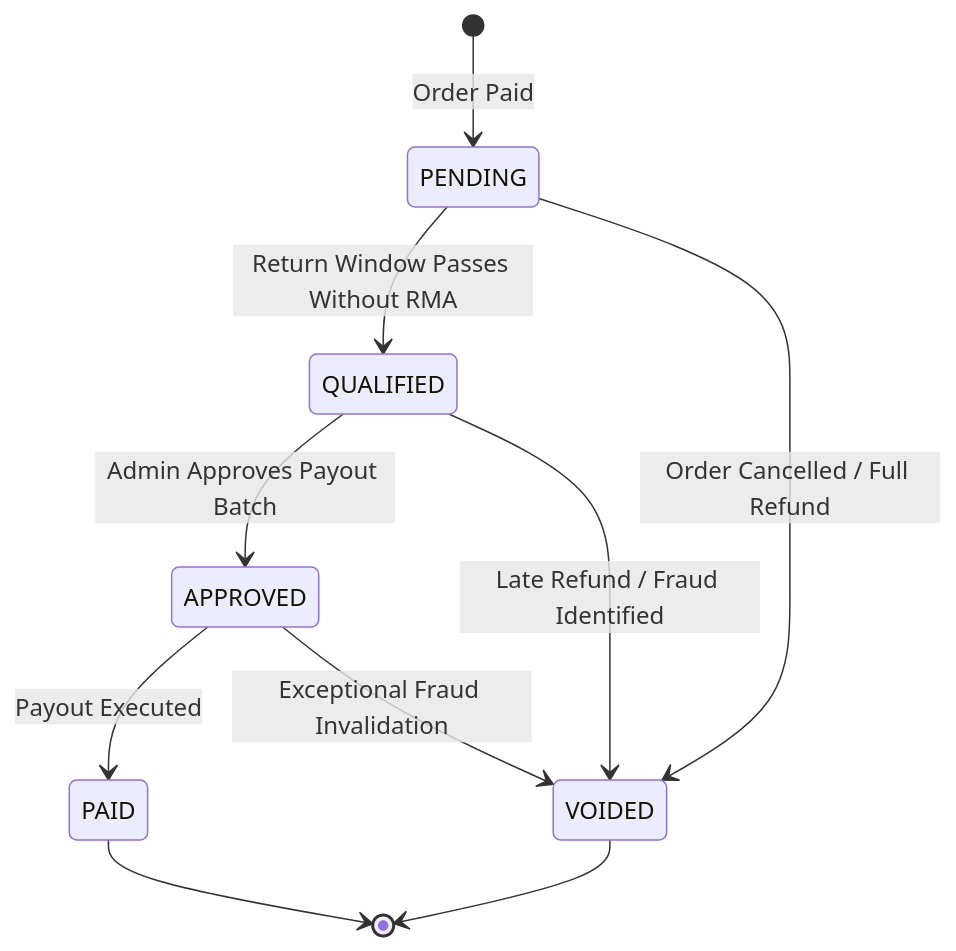
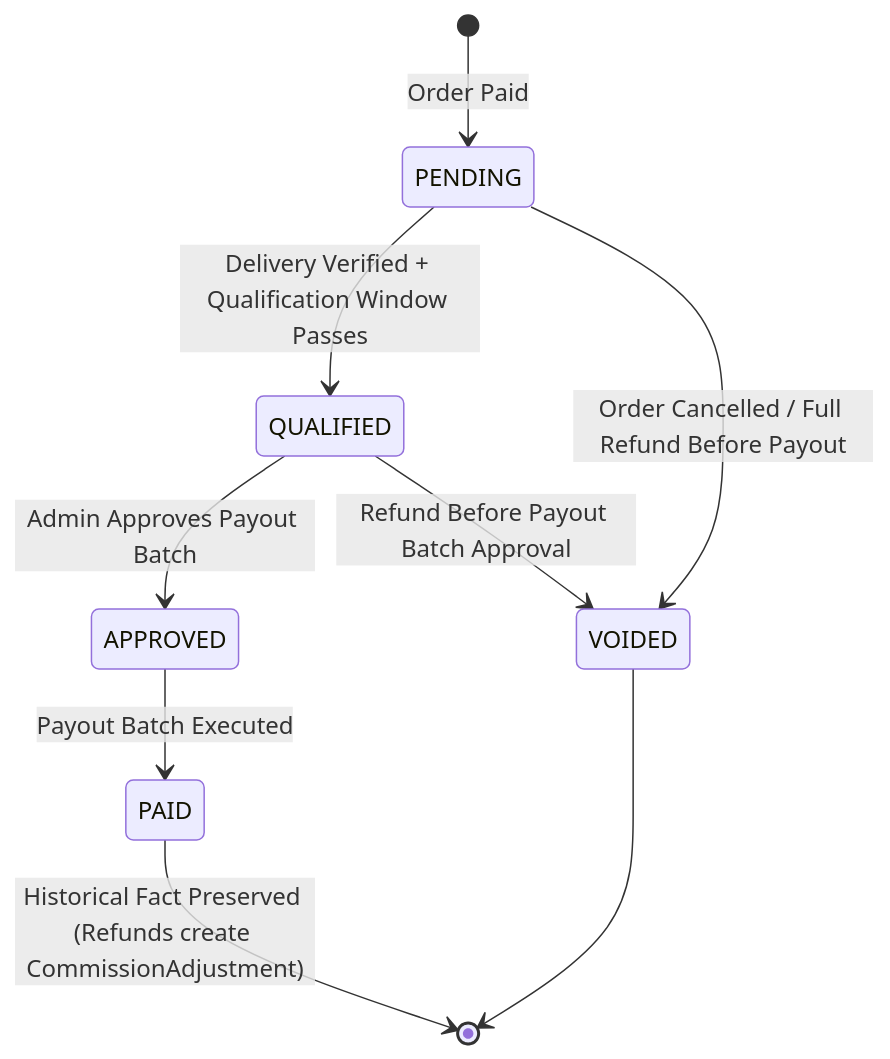
Before and after one commit to SaeBryxn/GamerPeru-Vercel: the eighth of 15 diagrams in docs/architecture/COMMERCE_DOMAIN_MODEL.md, drawn with Mermaid. The commit also changed other lines of this file and 1 other file, not shown here.

````diff
--- a/docs/architecture/COMMERCE_DOMAIN_MODEL.md
+++ b/docs/architecture/COMMERCE_DOMAIN_MODEL.md
@@ -876,12 +1215,11 @@
 ```mermaid
 stateDiagram-v2
     [*] --> PENDING: Order Paid
-    PENDING --> QUALIFIED: Return Window Passes Without RMA
-    PENDING --> VOIDED: Order Cancelled / Full Refund
+    PENDING --> QUALIFIED: Delivery Verified + Qualification Window Passes
+    PENDING --> VOIDED: Order Cancelled / Full Refund Before Payout
     QUALIFIED --> APPROVED: Admin Approves Payout Batch
-    QUALIFIED --> VOIDED: Late Refund / Fraud Identified
-    APPROVED --> PAID: Payout Executed
-    APPROVED --> VOIDED: Exceptional Fraud Invalidation
-    PAID --> [*]
+    QUALIFIED --> VOIDED: Refund Before Payout Batch Approval
+    APPROVED --> PAID: Payout Batch Executed
+    PAID --> [*]: Historical Fact Preserved (Refunds create CommissionAdjustment)
     VOIDED --> [*]
 ```
````
